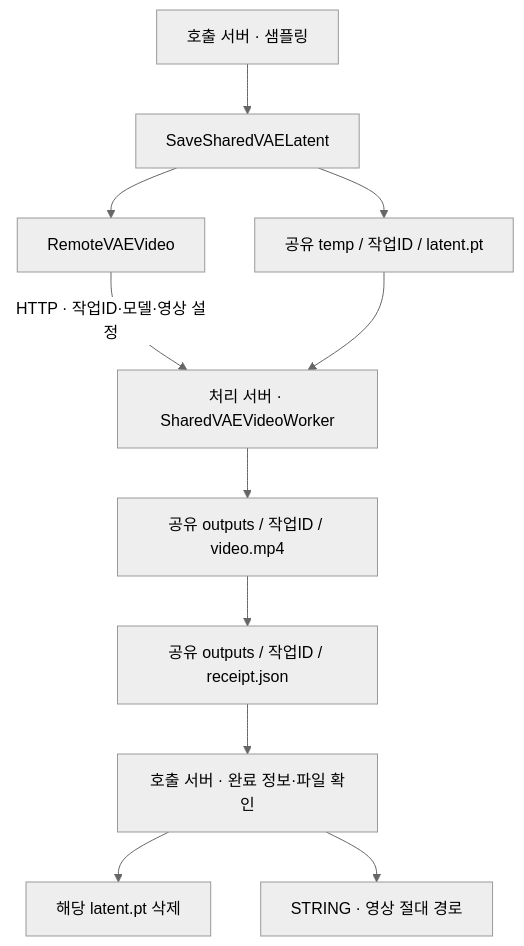
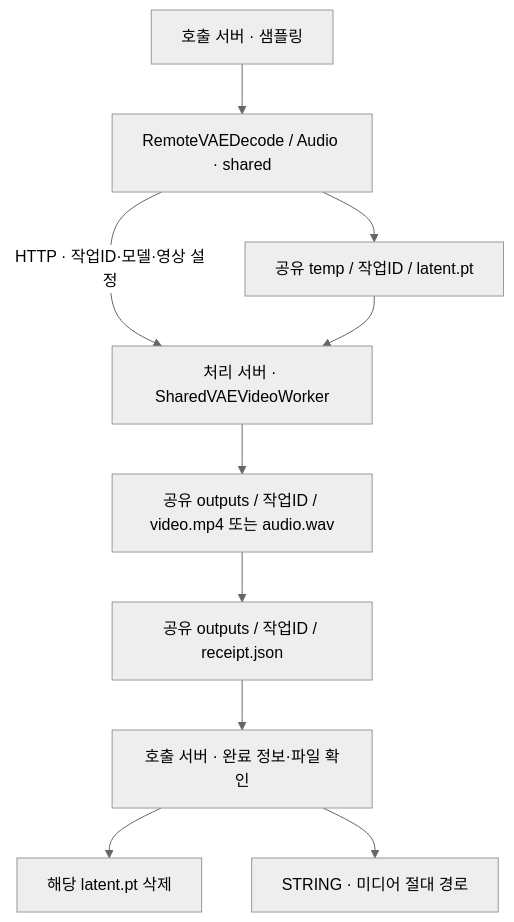
One commit to pollux-o4/RemoteWorker changed the first of 2 diagrams in docs/architecture/06-shared-video.md. Above: the diagram before and after it, drawn with Mermaid (neutral theme). The commit also changed other lines of this file and 27 other files, not shown here.

Commit message:
fix: finalize shared VAE video and audio before consuming intermediates

````diff
--- a/docs/architecture/06-shared-video.md
+++ b/docs/architecture/06-shared-video.md
@@ -5,13 +5,12 @@
 ```mermaid
 flowchart TB
-    Sampler[호출 서버 · 샘플링] --> Save[SaveSharedVAELatent]
-    Save --> Latent["공유 temp / 작업ID / latent.pt"]
-    Save --> Caller[RemoteVAEVideo]
+    Sampler[호출 서버 · 샘플링] --> Caller["RemoteVAEDecode / Audio · shared"]
+    Caller --> Latent["공유 temp / 작업ID / latent.pt"]
     Caller -->|HTTP · 작업ID·모델·영상 설정| Peer[처리 서버 · SharedVAEVideoWorker]
     Latent --> Peer
-    Peer --> Video["공유 outputs / 작업ID / video.mp4"]
+    Peer --> Video["공유 outputs / 작업ID / video.mp4 또는 audio.wav"]
     Video --> Receipt["공유 outputs / 작업ID / receipt.json"]
     Receipt --> Verify[호출 서버 · 완료 정보·파일 확인]
     Verify --> Delete[해당 latent.pt 삭제]
-    Verify --> Result[STRING · 영상 절대 경로]
+    Verify --> Result[STRING · 미디어 절대 경로]
 ```
````
